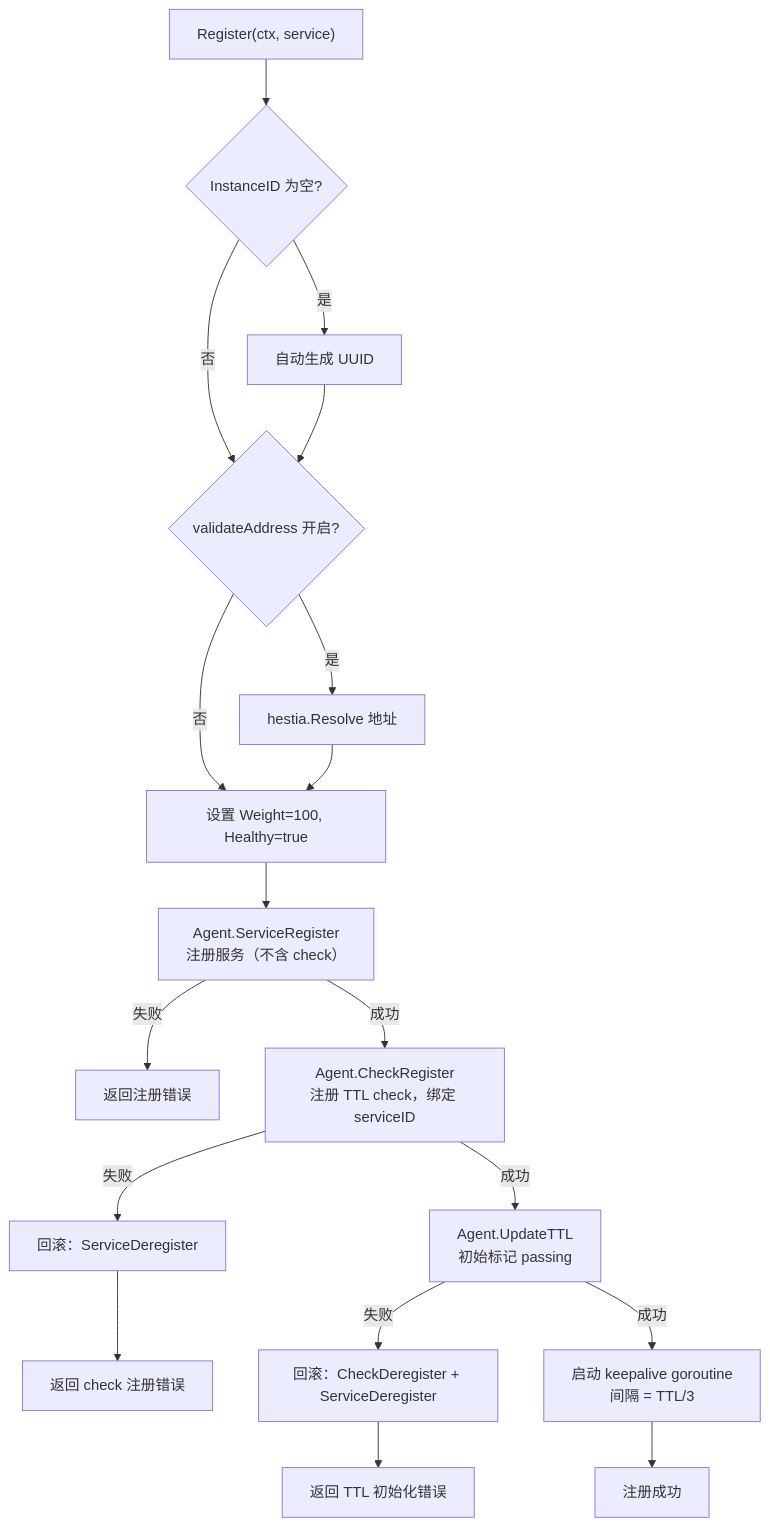
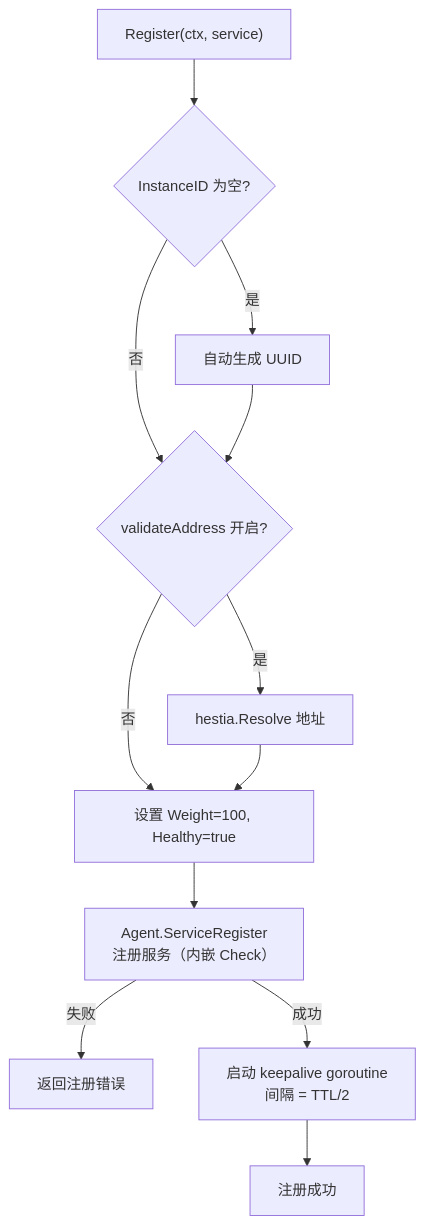
Before and after one commit to daheige/hephfx: the second of 5 diagrams in hestia/consul/readme.md, drawn with Mermaid. The commit also changed other lines of this file and 6 other files, not shown here.

````diff
--- a/hestia/consul/readme.md
+++ b/hestia/consul/readme.md
@@ -82,24 +78,15 @@
 ```mermaid
 flowchart TD
     Start["Register(ctx, service)"] --> GenID{"InstanceID 为空?"}
     GenID -- 是 --> SetUUID["自动生成 UUID"]
     GenID -- 否 --> ValidateAddr{"validateAddress 开启?"}
     SetUUID --> ValidateAddr
     ValidateAddr -- 是 --> Resolve["hestia.Resolve 地址"]
     ValidateAddr -- 否 --> SetDefaults["设置 Weight=100, Healthy=true"]
     Resolve --> SetDefaults
 
-    SetDefaults --> RegSvc["Agent.ServiceRegister<br/>注册服务（不含 check）"]
+    SetDefaults --> RegSvc["Agent.ServiceRegister<br/>注册服务（内嵌 Check）"]
     RegSvc -- 失败 --> ErrSvc["返回注册错误"]
-    RegSvc -- 成功 --> RegCheck["Agent.CheckRegister<br/>注册 TTL check，绑定 serviceID"]
-
-    RegCheck -- 失败 --> Rollback1["回滚：ServiceDeregister"]
-    Rollback1 --> ErrCheck["返回 check 注册错误"]
-
-    RegCheck -- 成功 --> InitTTL["Agent.UpdateTTL<br/>初始标记 passing"]
-    InitTTL -- 失败 --> Rollback2["回滚：CheckDeregister + ServiceDeregister"]
-    Rollback2 --> ErrTTL["返回 TTL 初始化错误"]
-
-    InitTTL -- 成功 --> StartKeepalive["启动 keepalive goroutine<br/>间隔 = TTL/3"]
+    RegSvc -- 成功 --> StartKeepalive["启动 keepalive goroutine<br/>间隔 = TTL/2"]
     StartKeepalive --> Done["注册成功"]
 ```
````
